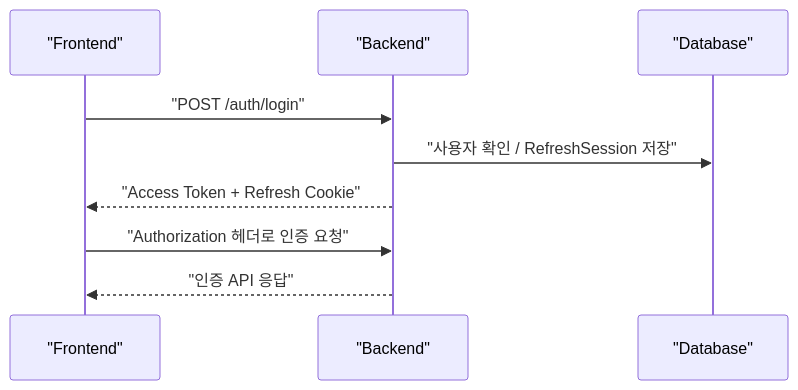
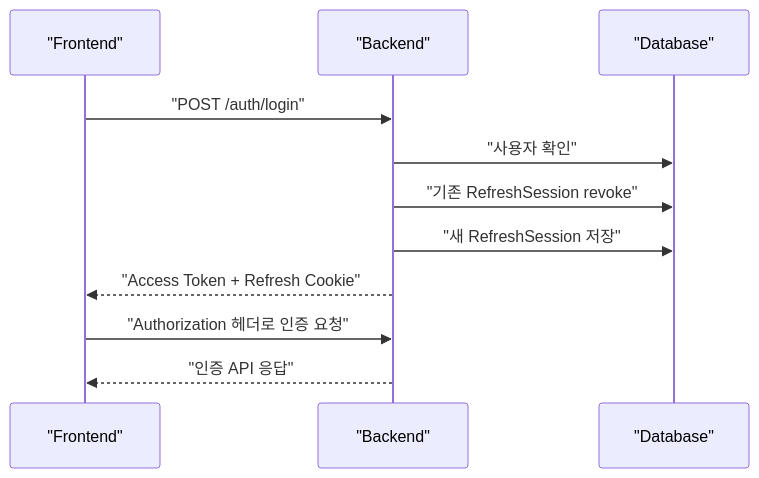
One commit to Economy0326/shopping-backend changed the second of 8 diagrams in README.md. Above: the diagram before and after it, drawn with Mermaid. The commit also changed other lines of this file, not shown here.

````diff
--- a/README.md
+++ b/README.md
@@ -152,12 +189,14 @@
 ```mermaid
 sequenceDiagram
   participant FE as "Frontend"
   participant BE as "Backend"
   participant DB as "Database"
 
   FE->>BE: "POST /auth/login"
-  BE->>DB: "사용자 확인 / RefreshSession 저장"
+  BE->>DB: "사용자 확인"
+  BE->>DB: "기존 RefreshSession revoke"
+  BE->>DB: "새 RefreshSession 저장"
   BE-->>FE: "Access Token + Refresh Cookie"
   FE->>BE: "Authorization 헤더로 인증 요청"
   BE-->>FE: "인증 API 응답"
 ```
````
